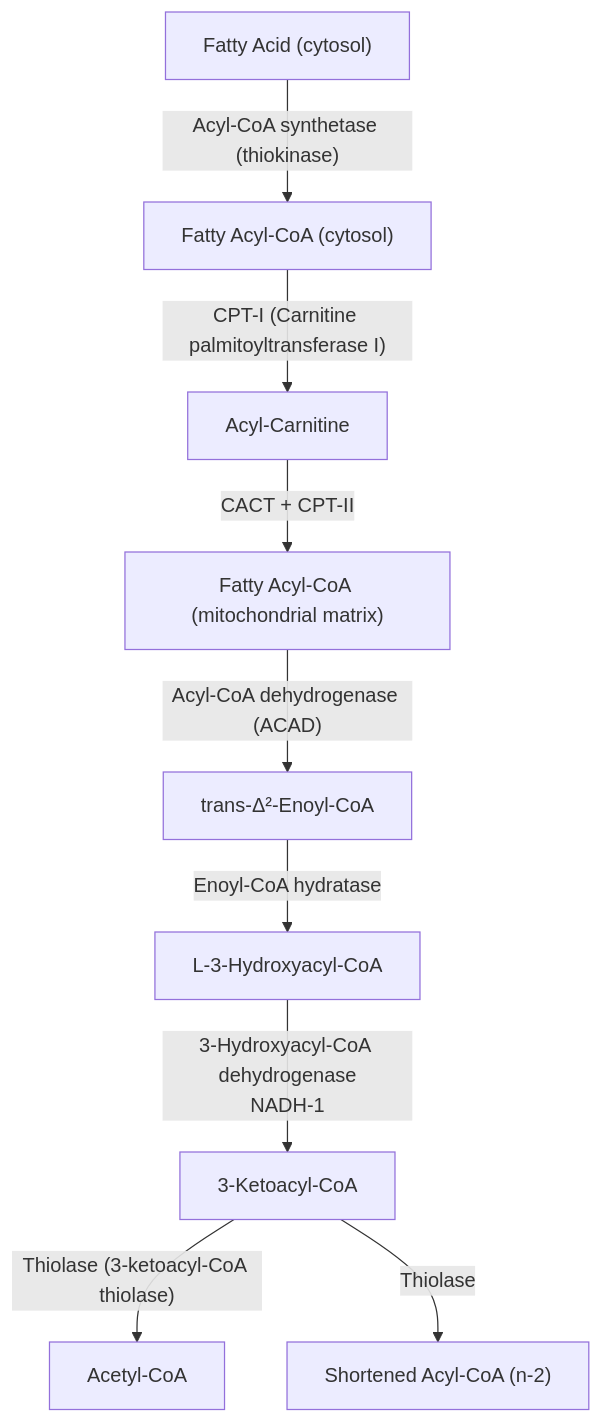
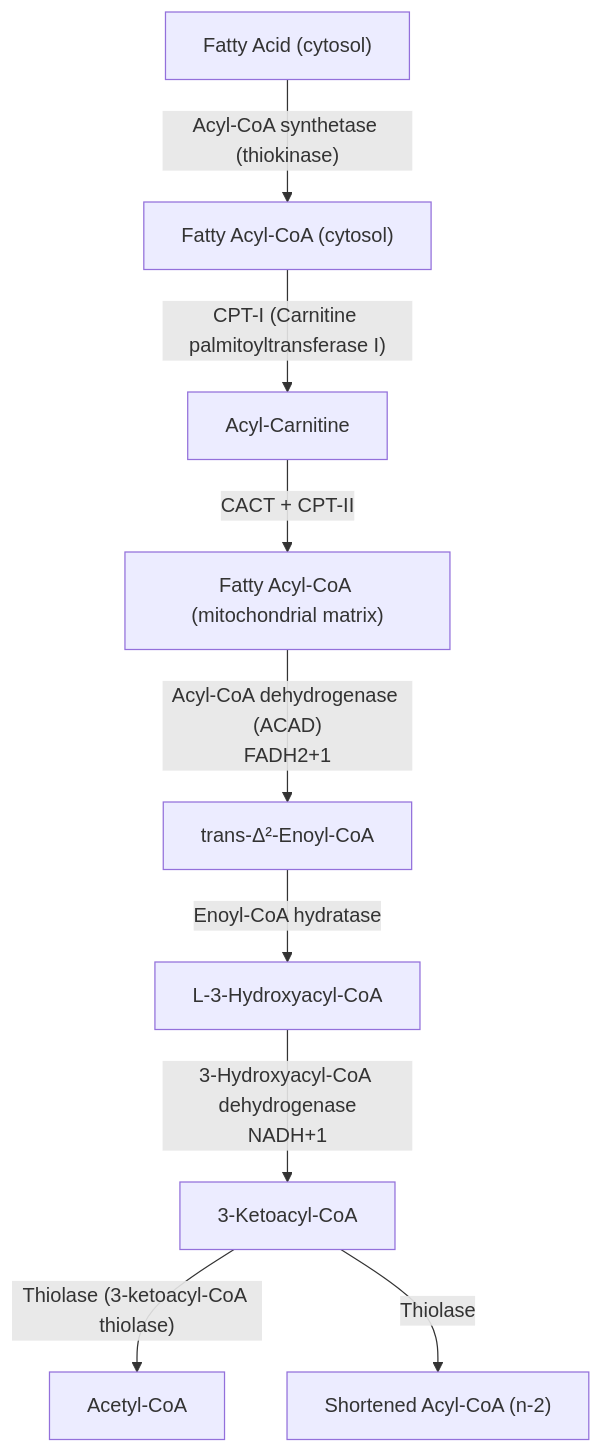
One commit to murffious/biology_as_code changed the diagram in src/biology_as_code/pathways/packs/beta_oxidation/pathway.mermaid. Above: the diagram before and after it, drawn with Mermaid. The commit also changed 23 other files, not shown here.

Commit message:
refactor: standardize metabolic cofactor sign conventions, update pathway diagrams, and consolidate type definitions.

```diff
--- a/src/biology_as_code/pathways/packs/beta_oxidation/pathway.mermaid
+++ b/src/biology_as_code/pathways/packs/beta_oxidation/pathway.mermaid
@@ -1,20 +1,20 @@
 flowchart TD
   %% Auto-generated from registry pathway: beta_oxidation
   %% Do not hand-edit; re-run scripts/export_pathway_packs.py
   fatty_acid["Fatty Acid (cytosol)"]
   acyl_coa_cyto["Fatty Acyl-CoA (cytosol)"]
   acyl_carnitine["Acyl-Carnitine"]
   acyl_coa_mito["Fatty Acyl-CoA (mitochondrial matrix)"]
   enoyl_coa["trans-Δ²-Enoyl-CoA"]
   hydroxyacyl_coa["L-3-Hydroxyacyl-CoA"]
   ketoacyl_coa["3-Ketoacyl-CoA"]
   acetyl_coa["Acetyl-CoA"]
   shorter_acyl_coa["Shortened Acyl-CoA (n-2)"]
   fatty_acid -->|"Acyl-CoA synthetase (thiokinase)"| acyl_coa_cyto
   acyl_coa_cyto -->|"CPT-I (Carnitine palmitoyltransferase I)"| acyl_carnitine
   acyl_carnitine -->|"CACT + CPT-II"| acyl_coa_mito
-  acyl_coa_mito -->|"Acyl-CoA dehydrogenase (ACAD)"| enoyl_coa
+  acyl_coa_mito -->|"Acyl-CoA dehydrogenase (ACAD)<br/>FADH2+1"| enoyl_coa
   enoyl_coa -->|"Enoyl-CoA hydratase"| hydroxyacyl_coa
-  hydroxyacyl_coa -->|"3-Hydroxyacyl-CoA dehydrogenase<br/>NADH-1"| ketoacyl_coa
+  hydroxyacyl_coa -->|"3-Hydroxyacyl-CoA dehydrogenase<br/>NADH+1"| ketoacyl_coa
   ketoacyl_coa -->|"Thiolase (3-ketoacyl-CoA thiolase)"| acetyl_coa
   ketoacyl_coa -->|"Thiolase"| shorter_acyl_coa
```
